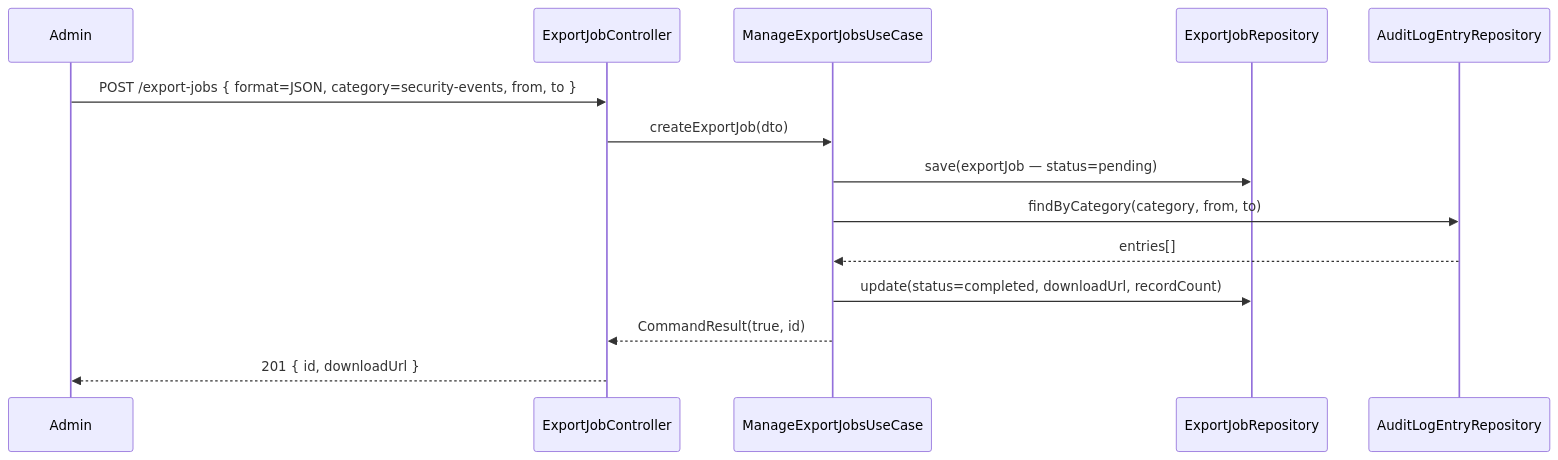
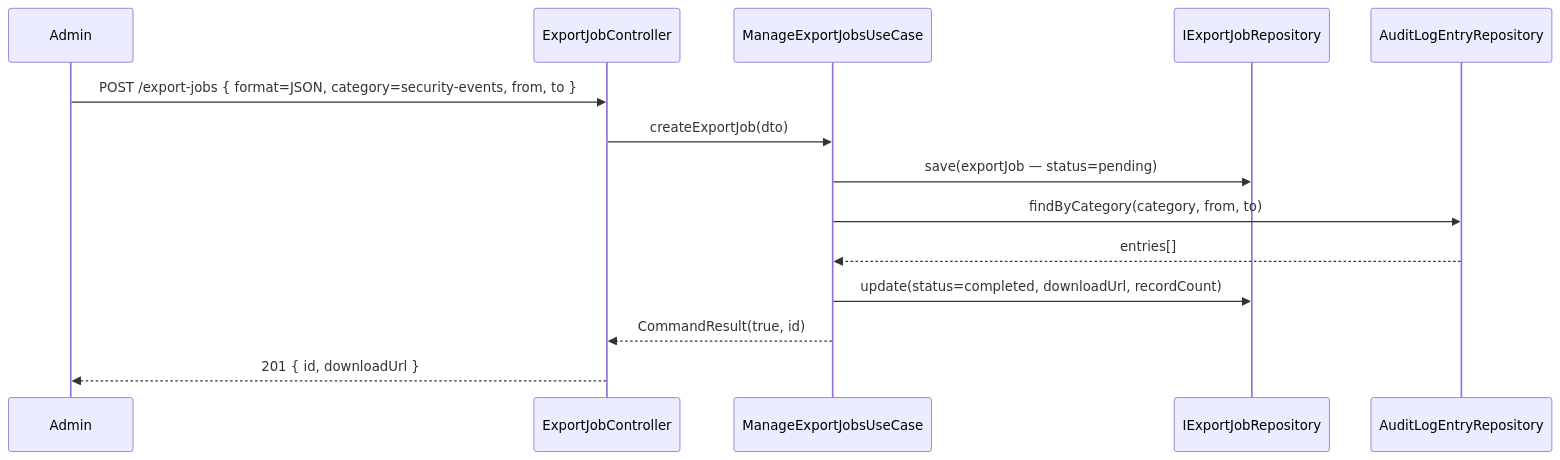
Before and after one commit to UIMSolutions/uim-platform: the fourth of 4 diagrams in auditlog/UML.md, drawn with Mermaid. The commit also changed 14 other files, not shown here.

````diff
--- a/auditlog/UML.md
+++ b/auditlog/UML.md
@@ -169,17 +169,17 @@
 ```mermaid
 sequenceDiagram
     participant Admin
     participant EC as ExportJobController
     participant EUC as ManageExportJobsUseCase
-    participant ER as ExportJobRepository
+    participant ER as IExportJobRepository
     participant AR as AuditLogEntryRepository
 
     Admin->>EC: POST /export-jobs { format=JSON, category=security-events, from, to }
     EC->>EUC: createExportJob(dto)
     EUC->>ER: save(exportJob — status=pending)
     EUC->>AR: findByCategory(category, from, to)
     AR-->>EUC: entries[]
     EUC->>ER: update(status=completed, downloadUrl, recordCount)
     EUC-->>EC: CommandResult(true, id)
     EC-->>Admin: 201 { id, downloadUrl }
 ```
````
